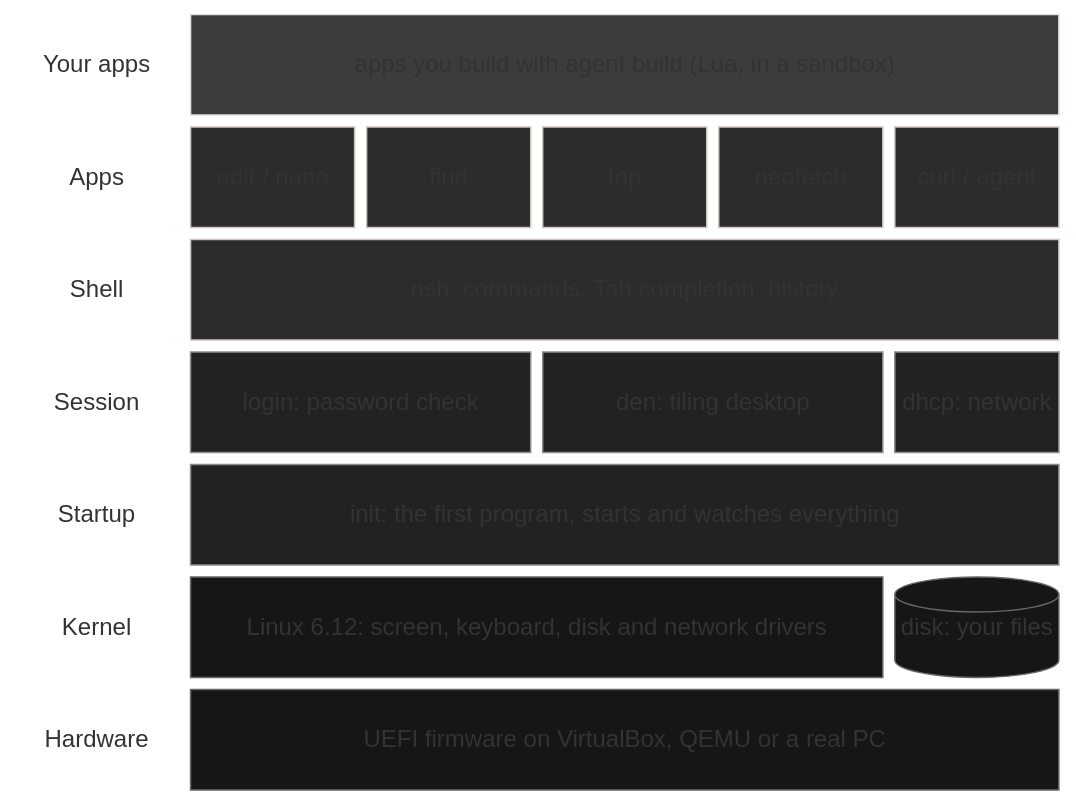
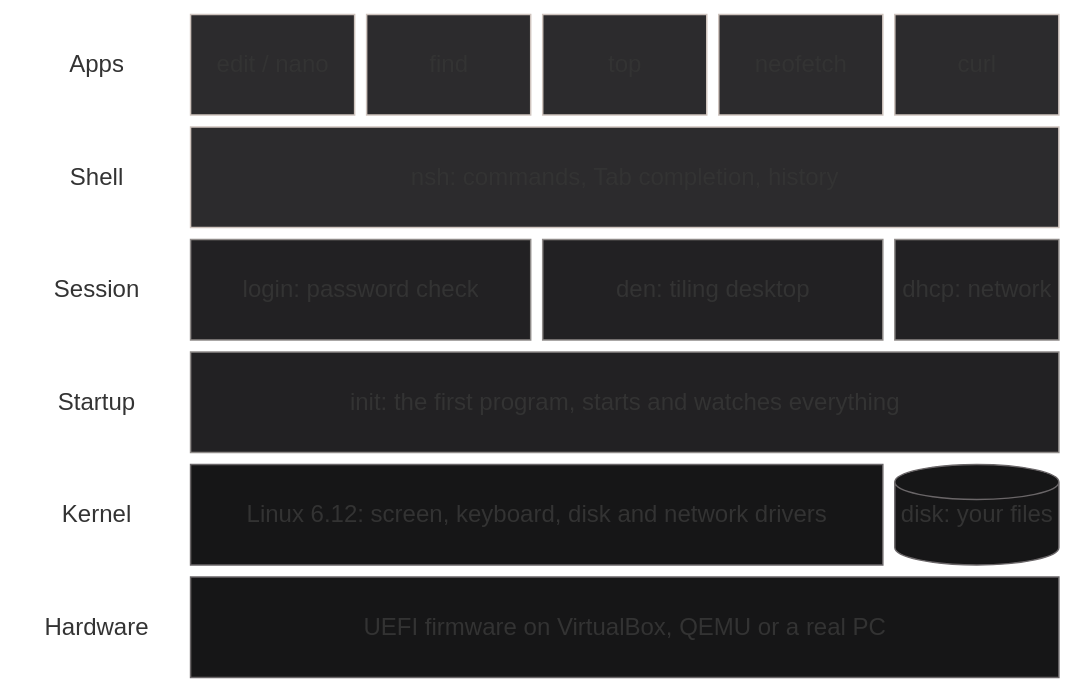
Before and after one commit to Adhishtanaka/thir: the diagram in README.md, drawn with Mermaid. The commit also changed other lines of this file, not shown here.

Commit message:
README: drop the agent sections; short note about the LLM-as-OS idea

````diff
--- a/README.md
+++ b/README.md
@@ -44,22 +30,19 @@
 ```mermaid
 block-beta
   columns 6
-  l0["Your apps"] mine["apps you build with agent build (Lua, in a sandbox)"]:5
-  l1["Apps"] edit["edit / nano"] find["find"] top["top"] fetch["neofetch"] net["curl / agent"]
+  l1["Apps"] edit["edit / nano"] find["find"] top["top"] fetch["neofetch"] net["curl"]
   l2["Shell"] shell["nsh: commands, Tab completion, history"]:5
   l3["Session"] login["login: password check"]:2 den["den: tiling desktop"]:2 dhcp["dhcp: network"]
   l4["Startup"] init["init: the first program, starts and watches everything"]:5
   l5["Kernel"] kernel["Linux 6.12: screen, keyboard, disk and network drivers"]:4 disk[("disk: your files")]
   l6["Hardware"] hw["UEFI firmware on VirtualBox, QEMU or a real PC"]:5
 
   classDef label fill:transparent,stroke:transparent,color:#8f8b89
-  classDef mine fill:#3d3b3e,stroke:#e3dfdc,color:#e3dfdc
   classDef user fill:#2c2b2d,stroke:#cfc4be,color:#e3dfdc
   classDef sys fill:#222123,stroke:#8f8b89,color:#e3dfdc
   classDef core fill:#161617,stroke:#6a6668,color:#e3dfdc
-  class l0,l1,l2,l3,l4,l5,l6 label
-  class mine mine
+  class l1,l2,l3,l4,l5,l6 label
   class edit,find,top,fetch,net,shell user
   class login,den,dhcp,init sys
   class kernel,hw,disk core
 ```
````
